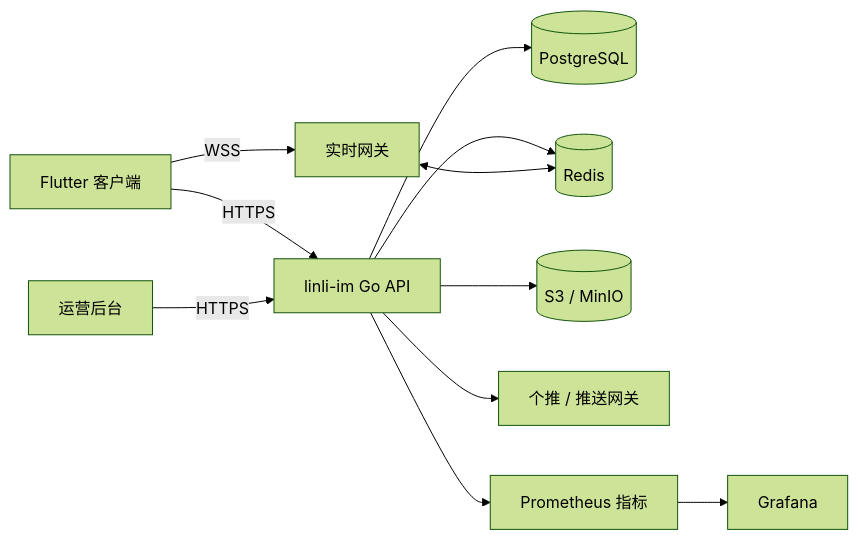
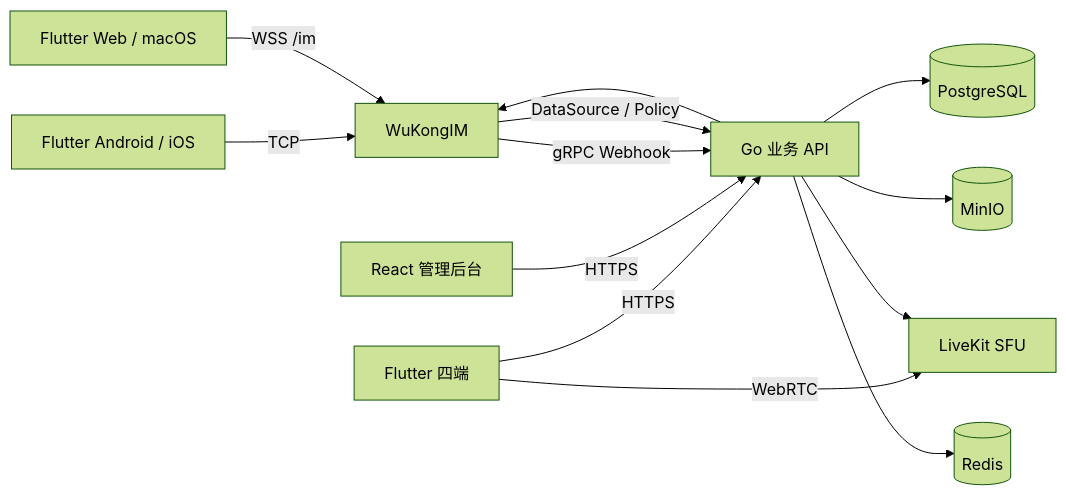
Before and after one commit to lk18554670615-coder/frogim: the diagram in docs/ARCHITECTURE.md, drawn with Mermaid (forest theme). The commit also changed other lines of this file and 371 other files, not shown here.

````diff
--- a/docs/ARCHITECTURE.md
+++ b/docs/ARCHITECTURE.md
@@ -15,13 +7,15 @@
 ```mermaid
 flowchart LR
-  Mobile["Flutter 客户端"] -->|"HTTPS"| API["linli-im Go API"]
-  Mobile -->|"WSS"| Realtime["实时网关"]
-  Admin["运营后台"] -->|"HTTPS"| API
+  Native["Flutter Android / iOS"] -->|"TCP"| WK["WuKongIM"]
+  Desktop["Flutter Web / macOS"] -->|"WSS /im"| WK
+  Client["Flutter 四端"] -->|"HTTPS"| API["Go 业务 API"]
+  Admin["React 管理后台"] -->|"HTTPS"| API
   API --> PG[(PostgreSQL)]
+  API --> MinIO[(MinIO)]
+  API --> WK
+  WK -->|"gRPC Webhook"| API
+  WK -->|"DataSource / Policy"| API
+  Client -->|"WebRTC"| LiveKit["LiveKit SFU"]
+  API --> LiveKit
   API --> Redis[(Redis)]
-  API --> Object[(S3 / MinIO)]
-  API --> Push["个推 / 推送网关"]
-  Realtime <--> Redis
-  API --> Metrics["Prometheus 指标"]
-  Metrics --> Grafana[Grafana]
 ```
````
